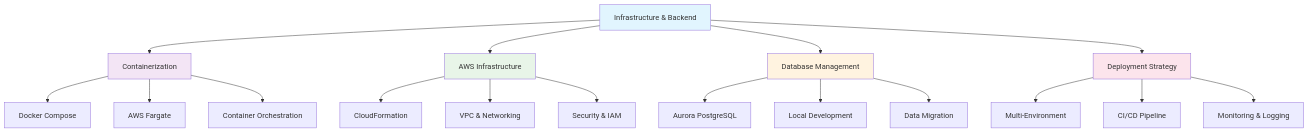
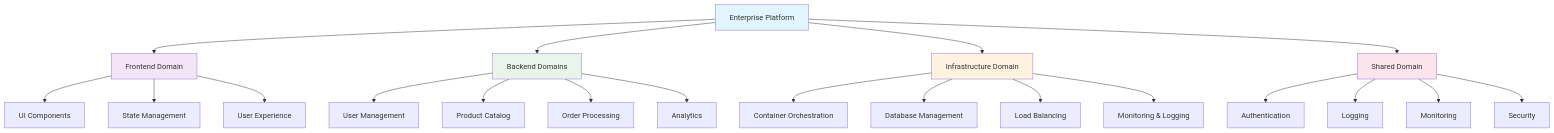
One commit to FAenX/articles changed the first of 4 diagrams in infrastructure_guidelines.md. Above: the diagram before and after it, drawn with Mermaid. The commit also changed other lines of this file, not shown here.

Commit message:
docs: enhance infrastructure guidelines with comprehensive domain architecture overview and clear domain responsibilities

````diff
--- a/infrastructure_guidelines.md
+++ b/infrastructure_guidelines.md
@@ -7,29 +7,32 @@
 ```mermaid
 graph TD
-    A[Infrastructure & Backend] --> B[Containerization]
-    A --> C[AWS Infrastructure]
-    A --> D[Database Management]
-    A --> E[Deployment Strategy]
+    A[Enterprise Platform] --> B[Frontend Domain]
+    A --> C[Backend Domains]
+    A --> D[Infrastructure Domain]
+    A --> E[Shared Domain]
 
-    B --> B1[Docker Compose]
-    B --> B2[AWS Fargate]
-    B --> B3[Container Orchestration]
+    B --> B1[UI Components]
+    B --> B2[State Management]
+    B --> B3[User Experience]
 
-    C --> C1[CloudFormation]
-    C --> C2[VPC & Networking]
-    C --> C3[Security & IAM]
+    C --> C1[User Management]
+    C --> C2[Product Catalog]
+    C --> C3[Order Processing]
+    C --> C4[Analytics]
 
-    D --> D1[Aurora PostgreSQL]
-    D --> D2[Local Development]
-    D --> D3[Data Migration]
+    D --> D1[Container Orchestration]
+    D --> D2[Database Management]
+    D --> D3[Load Balancing]
+    D --> D4[Monitoring & Logging]
 
-    E --> E1[Multi-Environment]
-    E --> E2[CI/CD Pipeline]
-    E --> E3[Monitoring & Logging]
+    E --> E1[Authentication]
+    E --> E2[Logging]
+    E --> E3[Monitoring]
+    E --> E4[Security]
 
     style A fill:#e1f5fe
     style B fill:#f3e5f5
     style C fill:#e8f5e8
     style D fill:#fff3e0
     style E fill:#fce4ec
 ```
````
